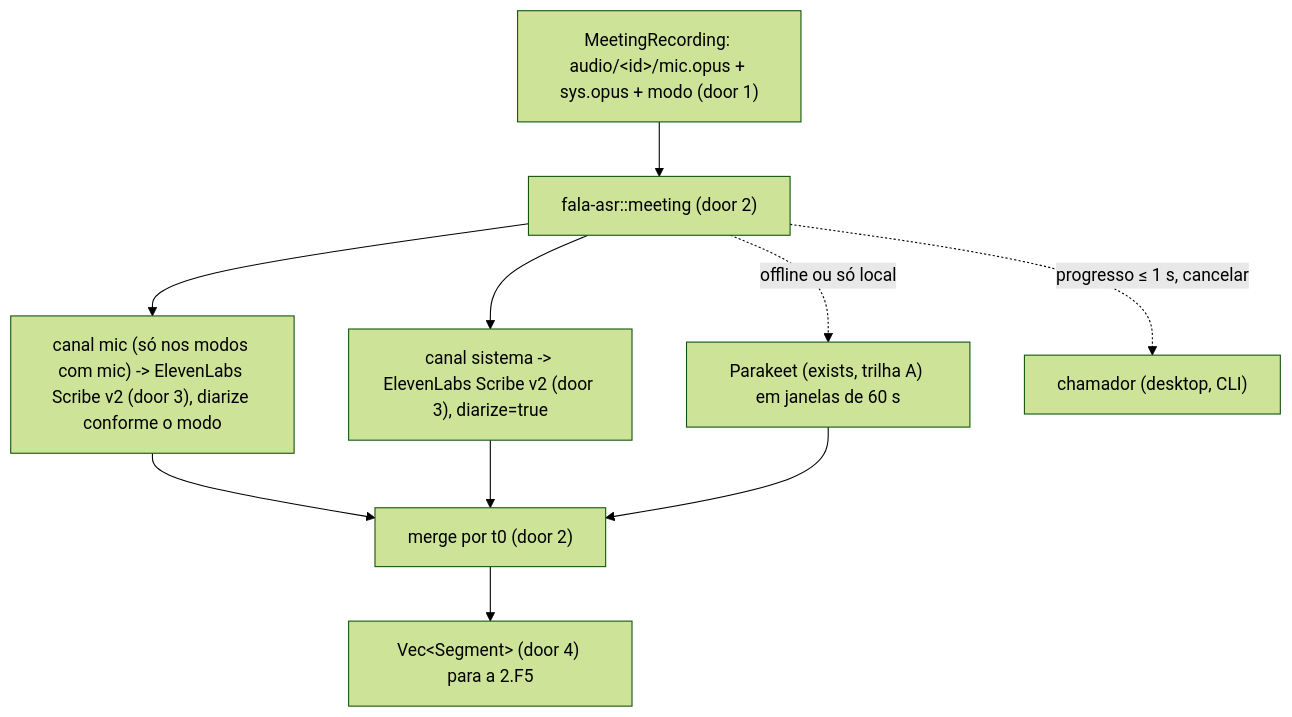
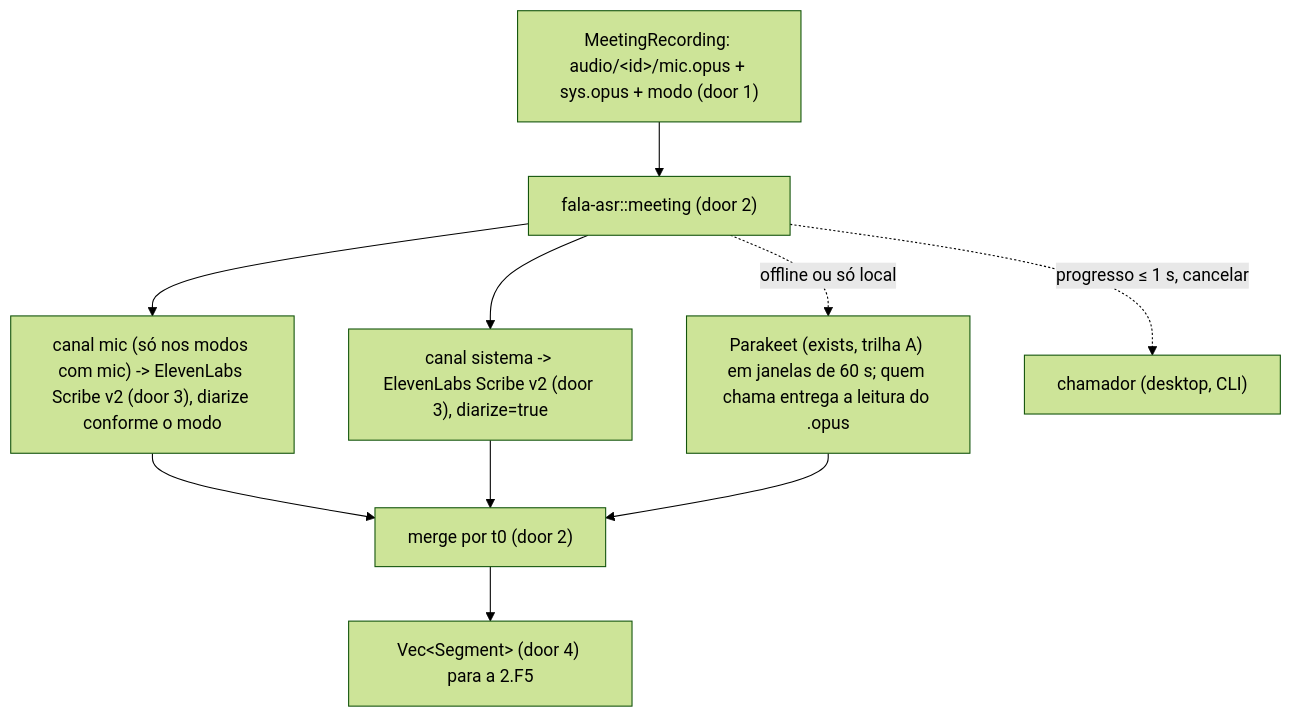
One commit to augusto-dmh/fala changed the first of 2 diagrams in .specs/features/meeting-asr/plan.md. Above: the diagram before and after it, drawn with Mermaid (forest theme). The commit also changed other lines of this file and 4 other files, not shown here.

First line of the commit message:
feat(asr): transcribe meetings locally when offline or set to local only

````diff
--- a/.specs/features/meeting-asr/plan.md
+++ b/.specs/features/meeting-asr/plan.md
@@ -15,12 +15,12 @@
 ```mermaid
 flowchart TD
     IN["MeetingRecording: audio/&lt;id&gt;/mic.opus + sys.opus + modo (door 1)"] --> P["fala-asr::meeting (door 2)"]
     P --> M["canal mic (só nos modos com mic) -> ElevenLabs Scribe v2 (door 3), diarize conforme o modo"]
     P --> S["canal sistema -> ElevenLabs Scribe v2 (door 3), diarize=true"]
     M --> J["merge por t0 (door 2)"]
     S --> J
     J --> OUT["Vec&lt;Segment&gt; (door 4) para a 2.F5"]
-    P -. "offline ou só local" .-> L["Parakeet (exists, trilha A) em janelas de 60 s"]
+    P -. "offline ou só local" .-> L["Parakeet (exists, trilha A) em janelas de 60 s; quem chama entrega a leitura do .opus"]
     L --> J
     P -. "progresso ≤ 1 s, cancelar" .-> UI["chamador (desktop, CLI)"]
 ```
````
